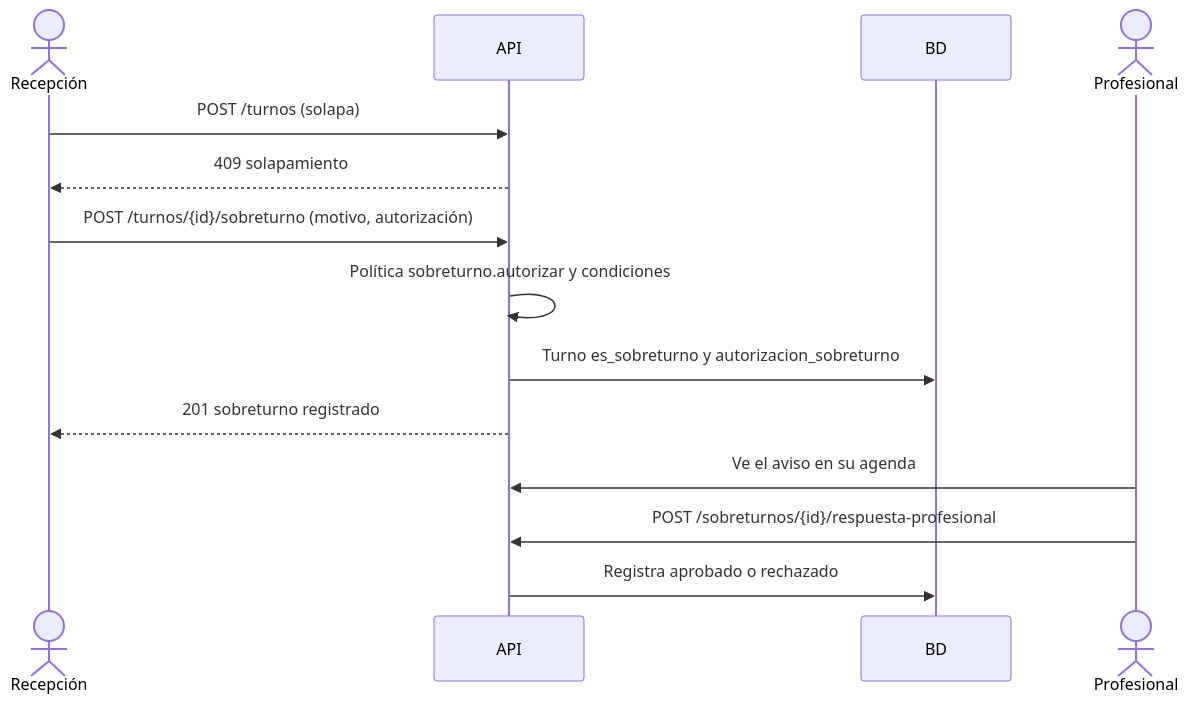
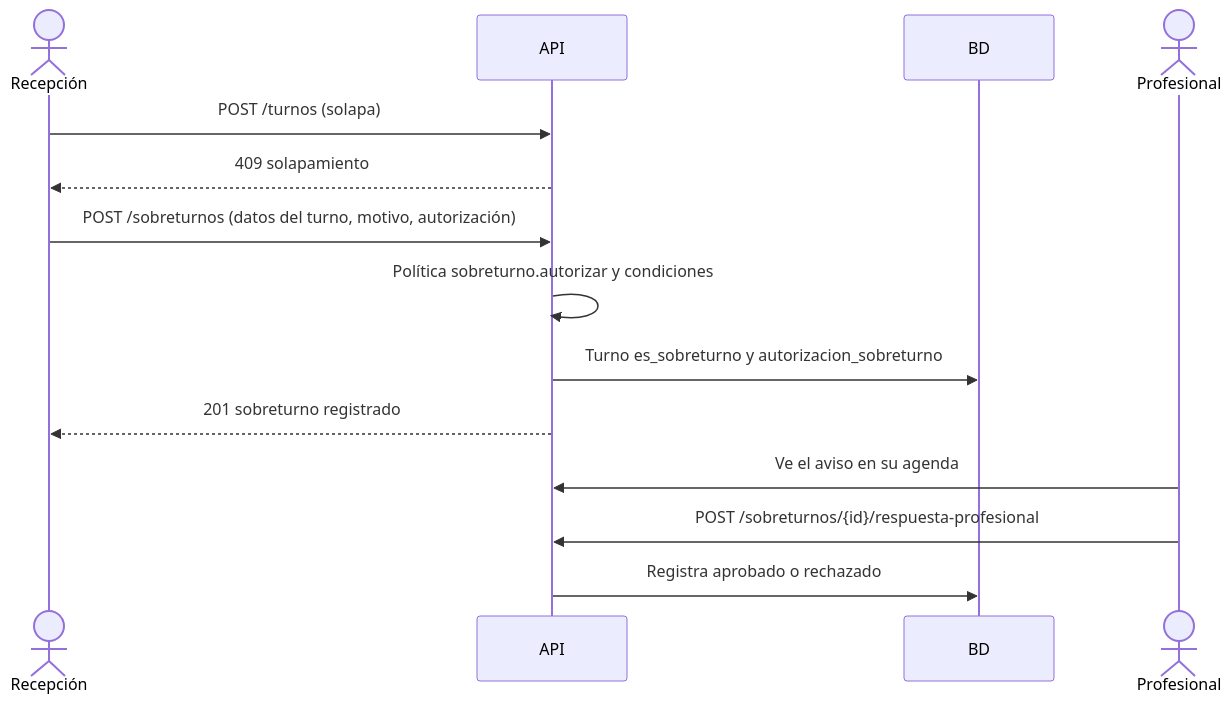
One commit to ismaelsuarez/desarrollo_Active_Stack changed the fifth of 5 diagrams in knowledge-base/07_flujos_principales.md. Above: the diagram before and after it, drawn with Mermaid. The commit also changed other lines of this file and 13 other files, not shown here.

````diff
--- a/knowledge-base/07_flujos_principales.md
+++ b/knowledge-base/07_flujos_principales.md
@@ -274,16 +276,16 @@
 ```mermaid
 sequenceDiagram
     actor R as Recepción
     participant A as API
     participant B as BD
     actor Pr as Profesional
     R->>A: POST /turnos (solapa)
     A-->>R: 409 solapamiento
-    R->>A: POST /turnos/{id}/sobreturno (motivo, autorización)
+    R->>A: POST /sobreturnos (datos del turno, motivo, autorización)
     A->>A: Política sobreturno.autorizar y condiciones
     A->>B: Turno es_sobreturno y autorizacion_sobreturno
     A-->>R: 201 sobreturno registrado
     Pr->>A: Ve el aviso en su agenda
     Pr->>A: POST /sobreturnos/{id}/respuesta-profesional
     A->>B: Registra aprobado o rechazado
 ```
````
